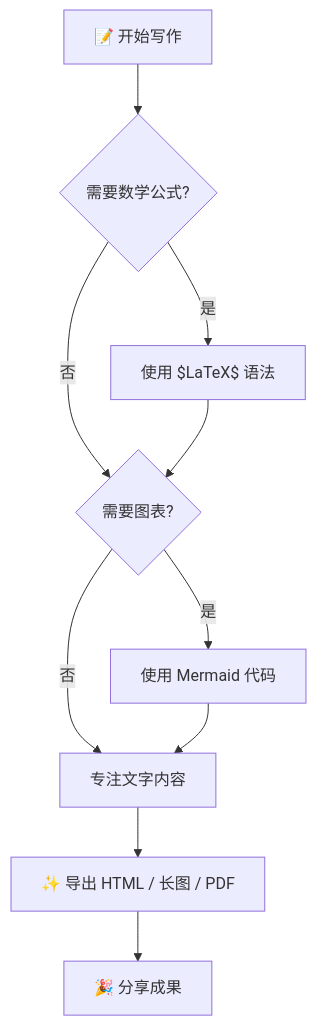
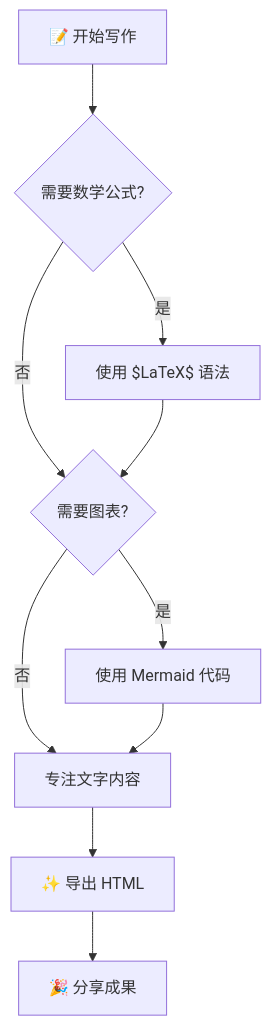
The first of 10 diagrams in src/demo.md (tizuio/TizuMark), drawn with Mermaid before and after one commit. The commit also changed other lines of this file and 19 other files, not shown here.

First line of the commit message:
docs: 全面刷新文档与 README，修正 demo.md 准确性，添加 12 张命名截图

````diff
--- a/src/demo.md
+++ b/src/demo.md
@@ -363,12 +423,12 @@
 ```mermaid
 graph TD
     A[📝 开始写作] --> B{需要数学公式?}
     B -->|是| C[使用 $LaTeX$ 语法]
     B -->|否| D{需要图表?}
     C --> D
     D -->|是| E[使用 Mermaid 代码]
     D -->|否| F[专注文字内容]
     E --> F
-    F --> G[✨ 导出 HTML / 长图 / PDF]
+    F --> G[✨ 导出 HTML]
     G --> H[🎉 分享成果]
 ```
````
